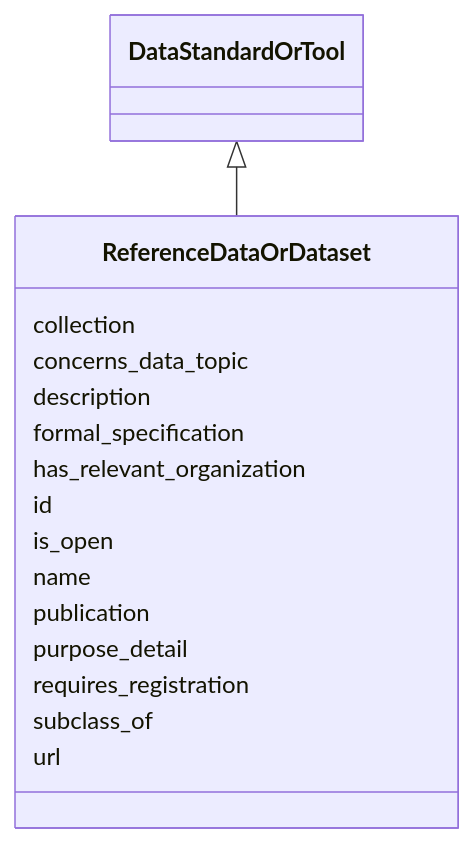
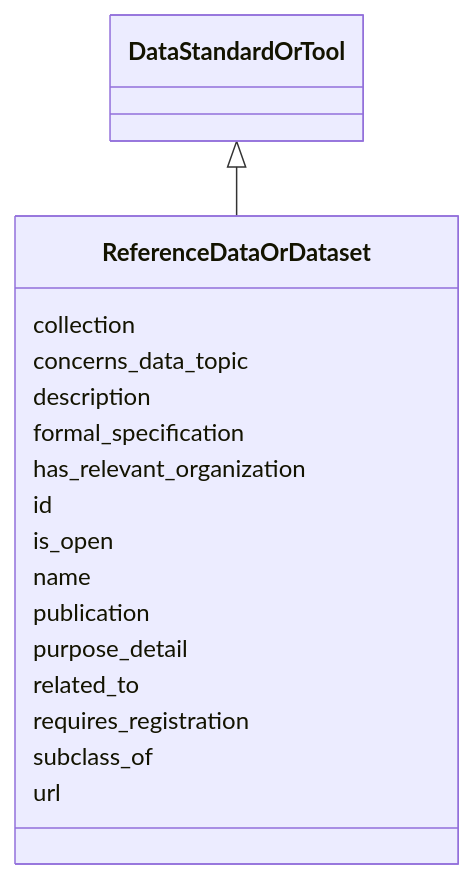
The diagram in docs/ReferenceDataOrDataset.md (bridge2ai/standards-schemas), drawn with Mermaid before and after one commit. The commit also changed other lines of this file and 65 other files, not shown here.

````diff
--- a/docs/ReferenceDataOrDataset.md
+++ b/docs/ReferenceDataOrDataset.md
@@ -11,20 +11,21 @@
 ```mermaid
  classDiagram
     class ReferenceDataOrDataset
       DataStandardOrTool <|-- ReferenceDataOrDataset
       
       ReferenceDataOrDataset : collection
       ReferenceDataOrDataset : concerns_data_topic
       ReferenceDataOrDataset : description
       ReferenceDataOrDataset : formal_specification
       ReferenceDataOrDataset : has_relevant_organization
       ReferenceDataOrDataset : id
       ReferenceDataOrDataset : is_open
       ReferenceDataOrDataset : name
       ReferenceDataOrDataset : publication
       ReferenceDataOrDataset : purpose_detail
+      ReferenceDataOrDataset : related_to
       ReferenceDataOrDataset : requires_registration
       ReferenceDataOrDataset : subclass_of
       ReferenceDataOrDataset : url
       
 ```
````
